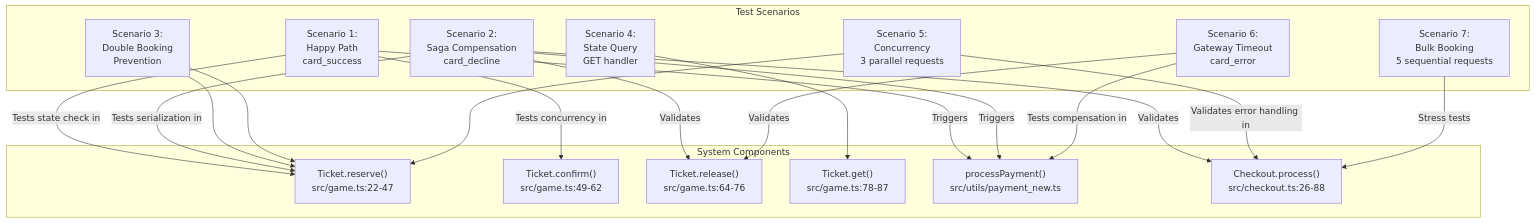
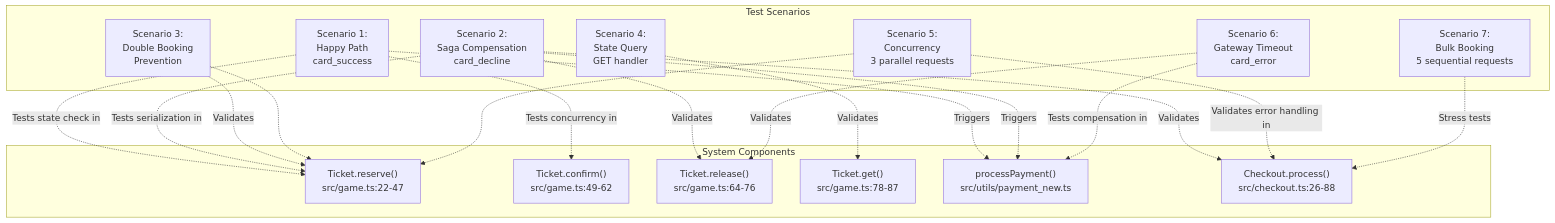
The second of 5 diagrams in docs/deepwiki/Testing-Strategy.md (philipz/restate-cloudflare-workers-poc), drawn with Mermaid before and after one commit. The commit also changed other lines of this file and 27 other files, not shown here.

````diff
--- a/docs/deepwiki/Testing-Strategy.md
+++ b/docs/deepwiki/Testing-Strategy.md
@@ -97,52 +97,52 @@
 ```mermaid
 flowchart TD
 
 S1["Scenario 1:<br>Happy Path<br>card_success"]
 S2["Scenario 2:<br>Saga Compensation<br>card_decline"]
 S3["Scenario 3:<br>Double Booking<br>Prevention"]
 S4["Scenario 4:<br>State Query<br>GET handler"]
 S5["Scenario 5:<br>Concurrency<br>3 parallel requests"]
 S6["Scenario 6:<br>Gateway Timeout<br>card_error"]
 S7["Scenario 7:<br>Bulk Booking<br>5 sequential requests"]
 Reserve["Ticket.reserve()<br>src/game.ts:22-47"]
 Confirm["Ticket.confirm()<br>src/game.ts:49-62"]
 Release["Ticket.release()<br>src/game.ts:64-76"]
 GetState["Ticket.get()<br>src/game.ts:78-87"]
 ProcessPayment["processPayment()<br>src/utils/payment_new.ts"]
 CheckoutProcess["Checkout.process()<br>src/checkout.ts:26-88"]
 
-S1 -->|"Tests state check in"| Reserve
-S1 -->|"Triggers"| ProcessPayment
-S1 -->|"Tests concurrency in"| Confirm
-S2 -->|"Tests serialization in"| Reserve
-S2 -->|"Triggers"| ProcessPayment
-S2 -->|"Validates"| Release
-S2 -->|"Validates"| CheckoutProcess
-S3 --> Reserve
-S3 --> Reserve
-S4 --> GetState
-S5 --> Reserve
-S5 -->|"Validates error handling in"| CheckoutProcess
-S6 -->|"Tests compensation in"| ProcessPayment
-S6 -->|"Validates"| Release
-S7 -->|"Stress tests"| CheckoutProcess
+S1 -.->|"Tests state check in"| Reserve
+S1 -.->|"Triggers"| ProcessPayment
+S1 -.->|"Tests concurrency in"| Confirm
+S2 -.->|"Tests serialization in"| Reserve
+S2 -.->|"Triggers"| ProcessPayment
+S2 -.->|"Validates"| Release
+S2 -.->|"Validates"| CheckoutProcess
+S3 -.->|"Validates"| Reserve
+S3 -.-> Reserve
+S4 -.->|"Validates"| GetState
+S5 -.-> Reserve
+S5 -.->|"Validates error handling in"| CheckoutProcess
+S6 -.->|"Tests compensation in"| ProcessPayment
+S6 -.->|"Validates"| Release
+S7 -.->|"Stress tests"| CheckoutProcess
 
 subgraph subGraph1 ["System Components"]
     Reserve
     Confirm
     Release
     GetState
     ProcessPayment
     CheckoutProcess
 end
 
 subgraph subGraph0 ["Test Scenarios"]
     S1
     S2
     S3
     S4
     S5
     S6
     S7
 end
 ```
````
